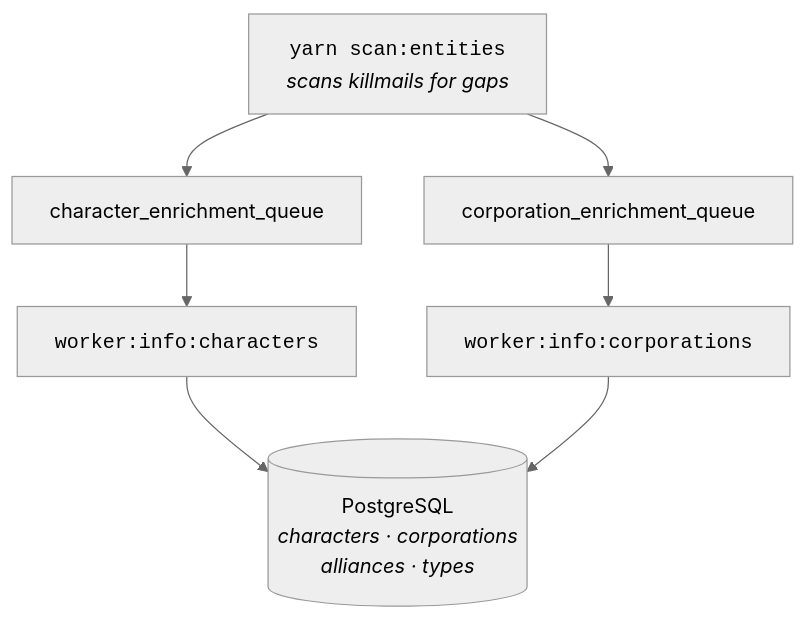
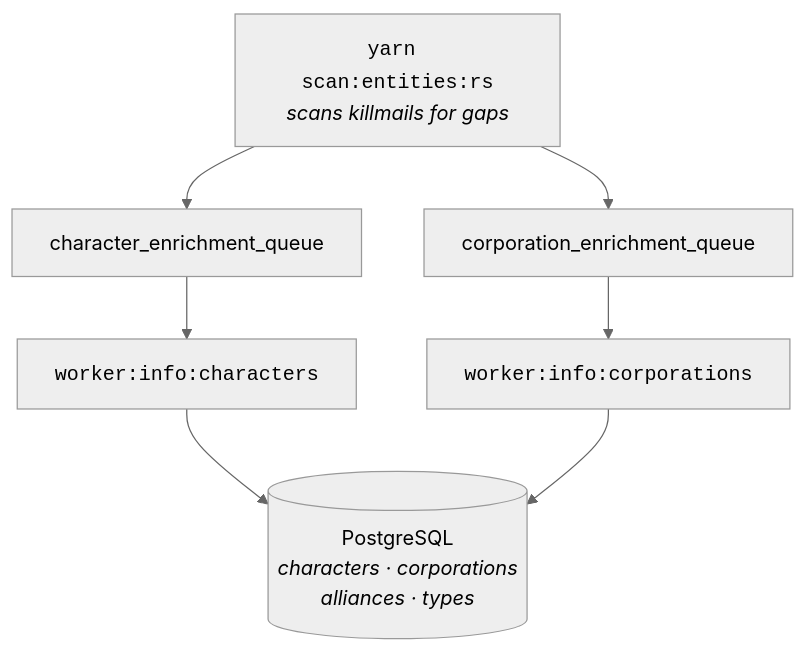
One commit to umutyerebakmaz/killreport changed the first of 3 diagrams in backend/docs/workers/worker-documentation.md. Above: the diagram before and after it, drawn with Mermaid (neutral theme). The commit also changed other lines of this file and 42 other files, not shown here.

First line of the commit message:
feat: Rust scan:entities as four queue crates; Node scan uses anti-joins and confirms (#340)

````diff
--- a/backend/docs/workers/worker-documentation.md
+++ b/backend/docs/workers/worker-documentation.md
@@ -419,12 +423,12 @@
 ```mermaid
 flowchart TB
-    Scan["<code>yarn scan:entities</code><br/><i>scans killmails for gaps</i>"]
+    Scan["<code>yarn scan:entities:rs</code><br/><i>scans killmails for gaps</i>"]
 
     Scan --> QChar["character_enrichment_queue"]
     Scan --> QCorp["corporation_enrichment_queue"]
 
     QChar --> WChar["<code>worker:info:characters</code>"]
     QCorp --> WCorp["<code>worker:info:corporations</code>"]
 
     WChar & WCorp --> DB[("PostgreSQL<br/><i>characters · corporations<br/>alliances · types</i>")]
 ```
````
